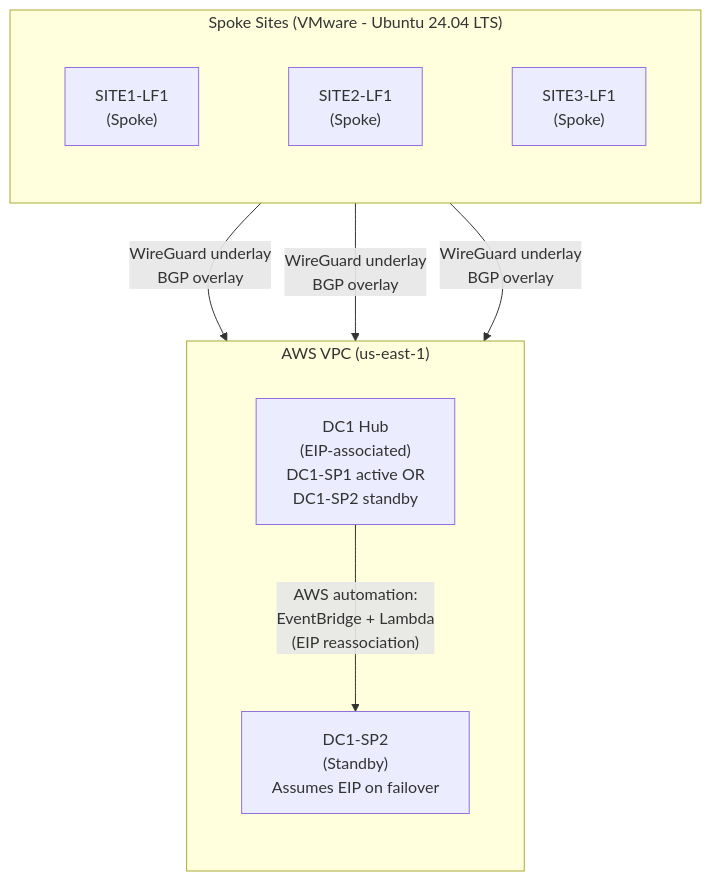
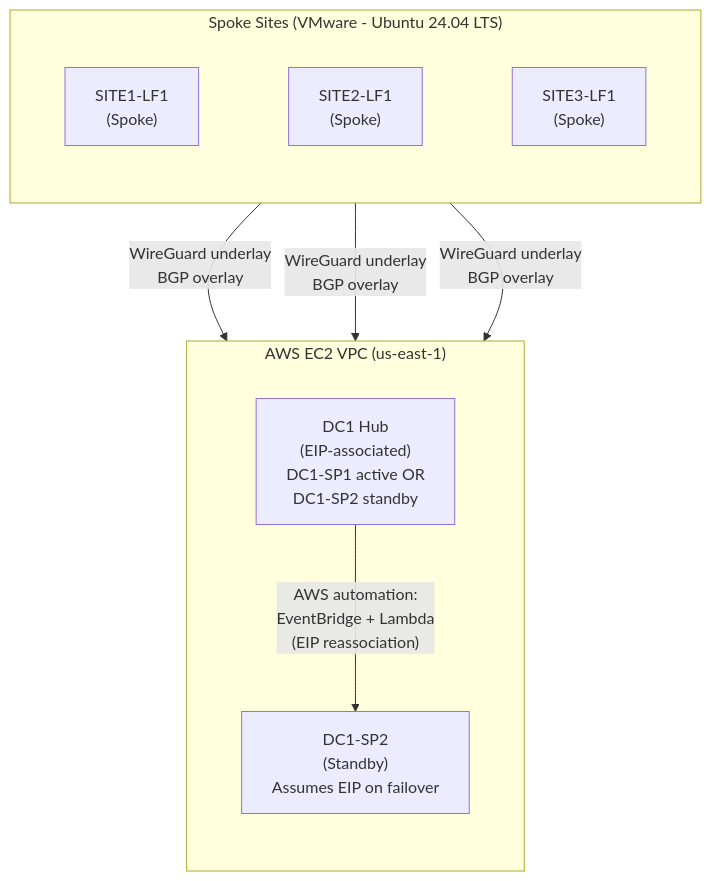
One commit to erschmittnetwork/aws-wireguard-bgp-wan changed the diagram in diagrams/logical-architecture.mmd. Above: the diagram before and after it, drawn with Mermaid. The commit also changed 2 other files, not shown here.

```diff
--- a/diagrams/logical-architecture.mmd
+++ b/diagrams/logical-architecture.mmd
@@ -1,20 +1,20 @@
 %%{init: {'theme':'default','flowchart':{'htmlLabels': true, 'nodeSpacing':90, 'rankSpacing': 90}}}%%
 graph TD
   subgraph Sites["Spoke Sites (VMware - Ubuntu 24.04 LTS)"]
     direction TB
     SITE1["SITE1-LF1<br/>(Spoke)"]
     SITE2["SITE2-LF1<br/>(Spoke)"]
     SITE3["SITE3-LF1<br/>(Spoke)"]
   end
 
-  subgraph AWS["AWS VPC (us-east-1)"]
+  subgraph AWS["AWS EC2 VPC (us-east-1)"]
     direction TB
     HUB["DC1 Hub<br/>(EIP-associated)<br/>DC1-SP1 active OR<br/>DC1-SP2 standby"]
     HUB2["DC1-SP2<br/>(Standby)<br/>Assumes EIP on failover"]
   end
 
   SITE1 -->|"WireGuard underlay<br/>BGP overlay"| HUB
   SITE2 -->|"WireGuard underlay<br/>BGP overlay"| HUB
   SITE3 -->|"WireGuard underlay<br/>BGP overlay"| HUB
 
   HUB -->|"AWS automation:<br/>EventBridge + Lambda<br/>(EIP reassociation)"| HUB2
```
